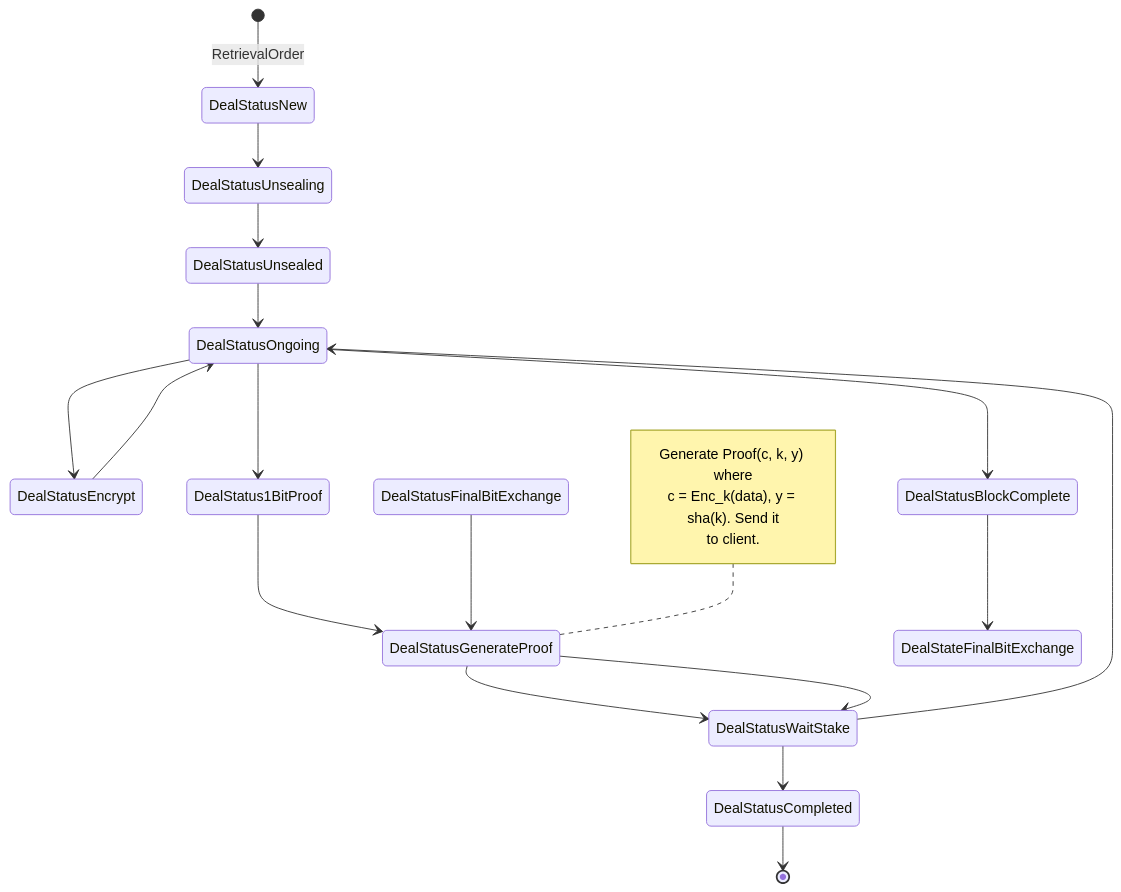
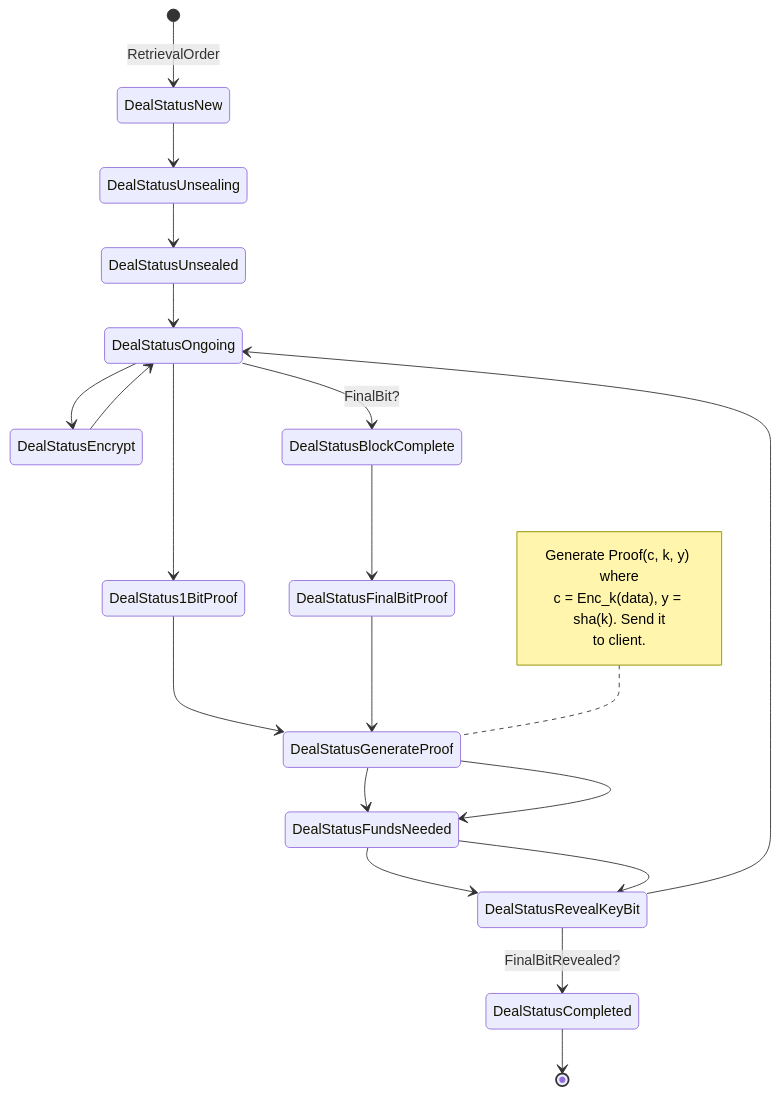
Before and after one commit to adlrocha/go-fil-markets: the second of 2 diagrams in docs/rfcs/zkcp-1bit.md, drawn with Mermaid. The commit also changed other lines of this file and 6 other files, not shown here.

````diff
--- a/docs/rfcs/zkcp-1bit.md
+++ b/docs/rfcs/zkcp-1bit.md
@@ -55,29 +60,31 @@
 ```mermaid
 stateDiagram-v2
 [*] --> DealStatusNew: RetrievalOrder
 DealStatusNew --> DealStatusUnsealing
 DealStatusUnsealing --> DealStatusUnsealed
 DealStatusUnsealed --> DealStatusOngoing
 DealStatusOngoing --> DealStatusEncrypt
 DealStatusEncrypt --> DealStatusOngoing
 
 DealStatusOngoing --> DealStatus1BitProof
 DealStatus1BitProof --> DealStatusGenerateProof
-DealStatusGenerateProof --> DealStatusWaitStake
-DealStatusWaitStake --> DealStatusOngoing
+DealStatusGenerateProof --> DealStatusFundsNeeded
+DealStatusFundsNeeded --> DealStatusRevealKeyBit
+DealStatusRevealKeyBit --> DealStatusOngoing
 
 
-DealStatusOngoing --> DealStatusBlockComplete
-DealStatusBlockComplete --> DealStateFinalBitExchange
-DealStatusFinalBitExchange --> DealStatusGenerateProof
-DealStatusGenerateProof --> DealStatusWaitStake
-DealStatusWaitStake --> DealStatusCompleted
+DealStatusOngoing --> DealStatusBlockComplete: FinalBit?
+DealStatusBlockComplete --> DealStatusFinalBitProof
+DealStatusFinalBitProof --> DealStatusGenerateProof
+DealStatusGenerateProof --> DealStatusFundsNeeded
+DealStatusFundsNeeded --> DealStatusRevealKeyBit
+DealStatusRevealKeyBit --> DealStatusCompleted: FinalBitRevealed?
 DealStatusCompleted --> [*]
 
 note left of DealStatusGenerateProof
 Generate Proof(c, k, y) where
 c = Enc_k(data), y = sha(k). Send it
 to client.
 end note
 
 ```
````
